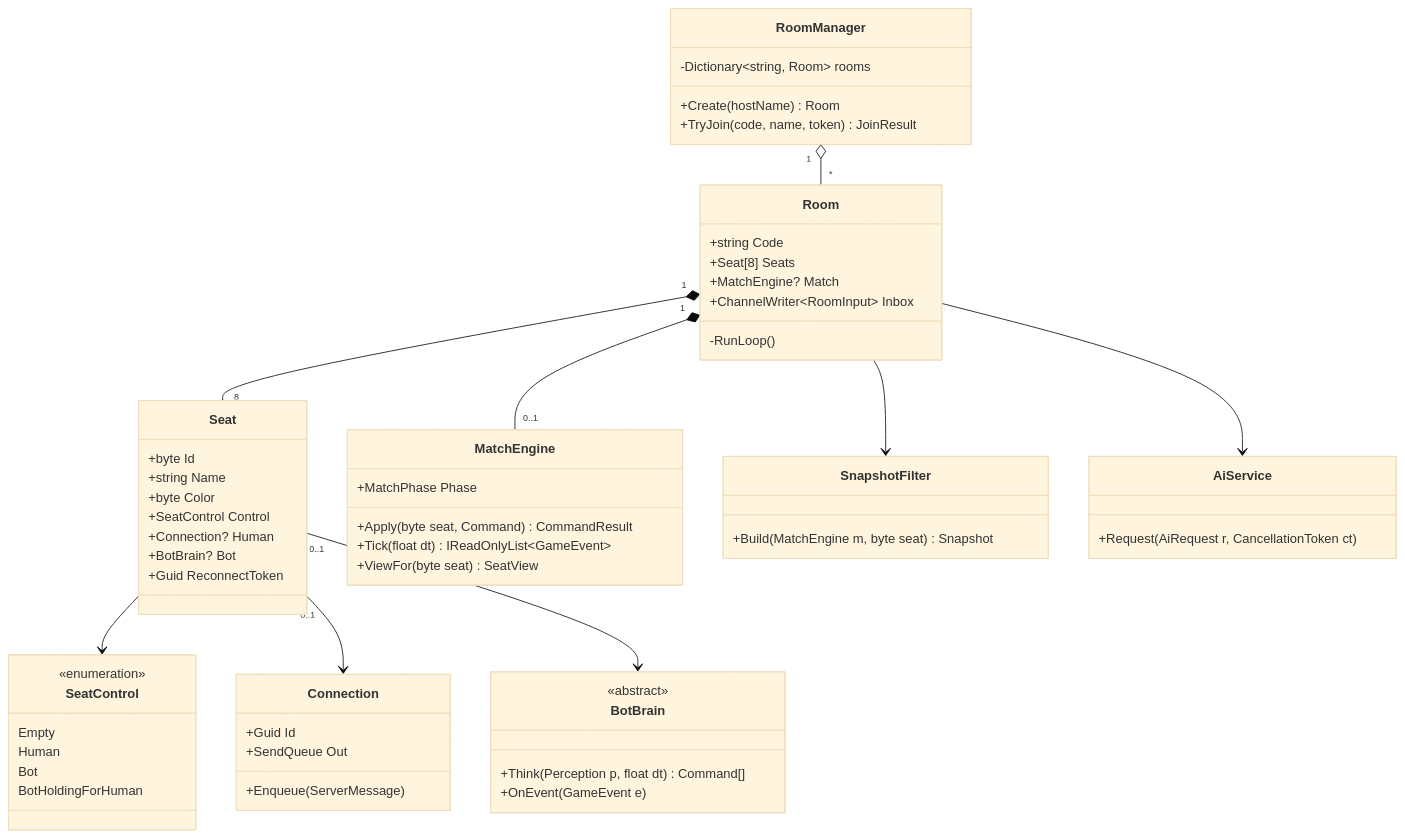
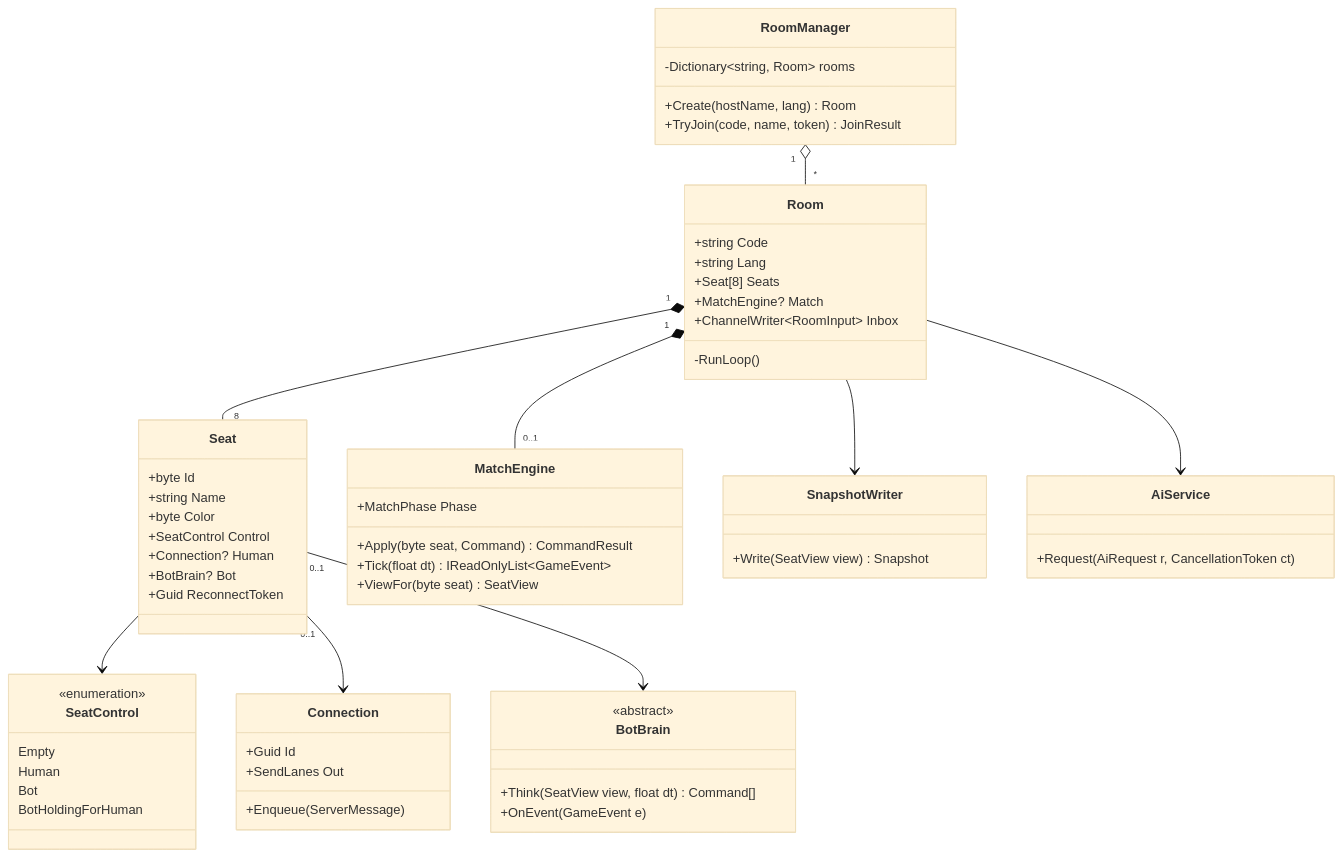
The fourth of 6 diagrams in docs/architecture/02-server.md (Faouzi-Blibech/EcoSus-Uncycled), drawn with Mermaid (base theme) before and after one commit. The commit also changed other lines of this file and 11 other files, not shown here.

Commit message:
docs: second design review (2026-11-14) for the architecture views and the design spec

````diff
--- a/docs/architecture/02-server.md
+++ b/docs/architecture/02-server.md
@@ -110,61 +140,62 @@
 ```mermaid
 classDiagram
     class RoomManager {
-        +Create(hostName) Room
+        +Create(hostName, lang) Room
         +TryJoin(code, name, token) JoinResult
         -Dictionary~string, Room~ rooms
     }
     class Room {
         +string Code
+        +string Lang
         +Seat[8] Seats
         +MatchEngine? Match
         +ChannelWriter~RoomInput~ Inbox
         -RunLoop()
     }
     class Seat {
         +byte Id
         +string Name
         +byte Color
         +SeatControl Control
         +Connection? Human
         +BotBrain? Bot
         +Guid ReconnectToken
     }
     class SeatControl {
         <<enumeration>>
         Empty
         Human
         Bot
         BotHoldingForHuman
     }
     class Connection {
         +Guid Id
-        +SendQueue Out
+        +SendLanes Out
         +Enqueue(ServerMessage)
     }
     class MatchEngine {
         +MatchPhase Phase
         +Apply(byte seat, Command) CommandResult
         +Tick(float dt) IReadOnlyList~GameEvent~
         +ViewFor(byte seat) SeatView
     }
     class BotBrain {
         <<abstract>>
-        +Think(Perception p, float dt) Command[]
+        +Think(SeatView view, float dt) Command[]
         +OnEvent(GameEvent e)
     }
-    class SnapshotFilter {
-        +Build(MatchEngine m, byte seat) Snapshot
+    class SnapshotWriter {
+        +Write(SeatView view) Snapshot
     }
     class AiService {
         +Request(AiRequest r, CancellationToken ct)
     }
     RoomManager "1" o-- "*" Room
     Room "1" *-- "8" Seat
     Seat --> SeatControl
     Seat "0..1" --> Connection
     Seat "0..1" --> BotBrain
     Room "1" *-- "0..1" MatchEngine
-    Room --> SnapshotFilter
+    Room --> SnapshotWriter
     Room --> AiService
 ```
````
